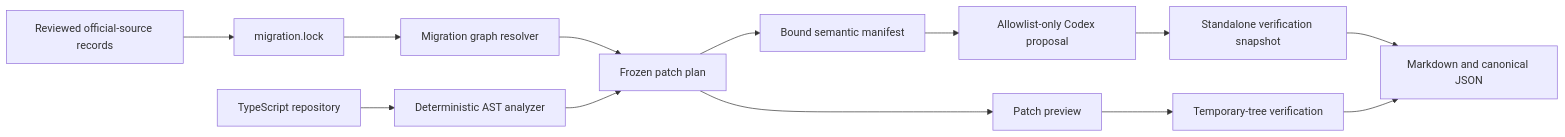
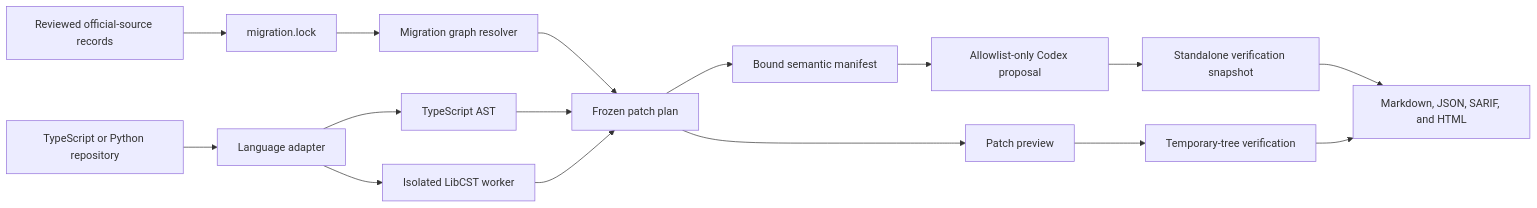
One commit to sujileelea/openai-migration-doctor changed the diagram in README.md. Above: the diagram before and after it, drawn with Mermaid. The commit also changed other lines of this file and 5 other files, not shown here.

````diff
--- a/README.md
+++ b/README.md
@@ -118,15 +168,18 @@
 ```mermaid
 flowchart LR
     A[Reviewed official-source records] --> B[migration.lock]
-    C[TypeScript repository] --> D[Deterministic AST analyzer]
+    C[TypeScript or Python repository] --> D[Language adapter]
+    D --> M[TypeScript AST]
+    D --> N[Isolated LibCST worker]
     B --> I[Migration graph resolver]
     I --> E[Frozen patch plan]
-    D --> E
+    M --> E
+    N --> E
     E --> F[Patch preview]
     F --> G[Temporary-tree verification]
     E --> J[Bound semantic manifest]
     J --> K[Allowlist-only Codex proposal]
     K --> L[Standalone verification snapshot]
     L --> H
-    G --> H[Markdown and canonical JSON]
+    G --> H[Markdown, JSON, SARIF, and HTML]
 ```
````
